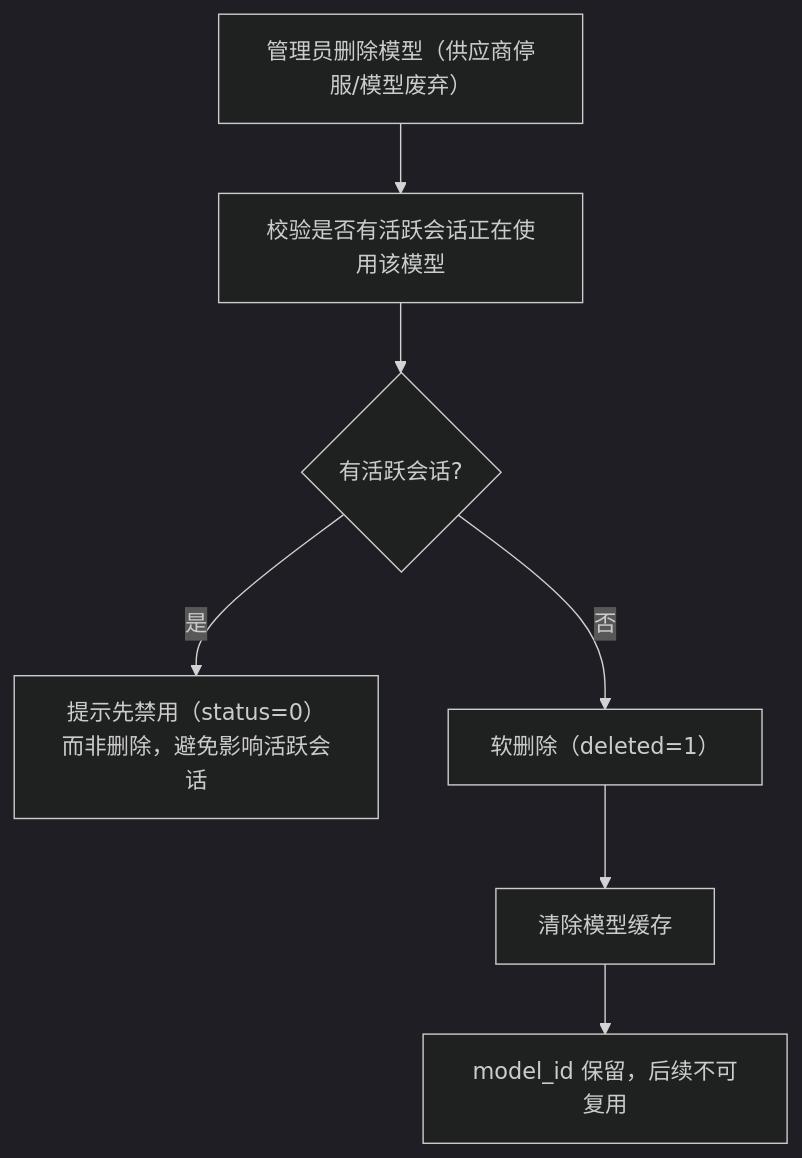
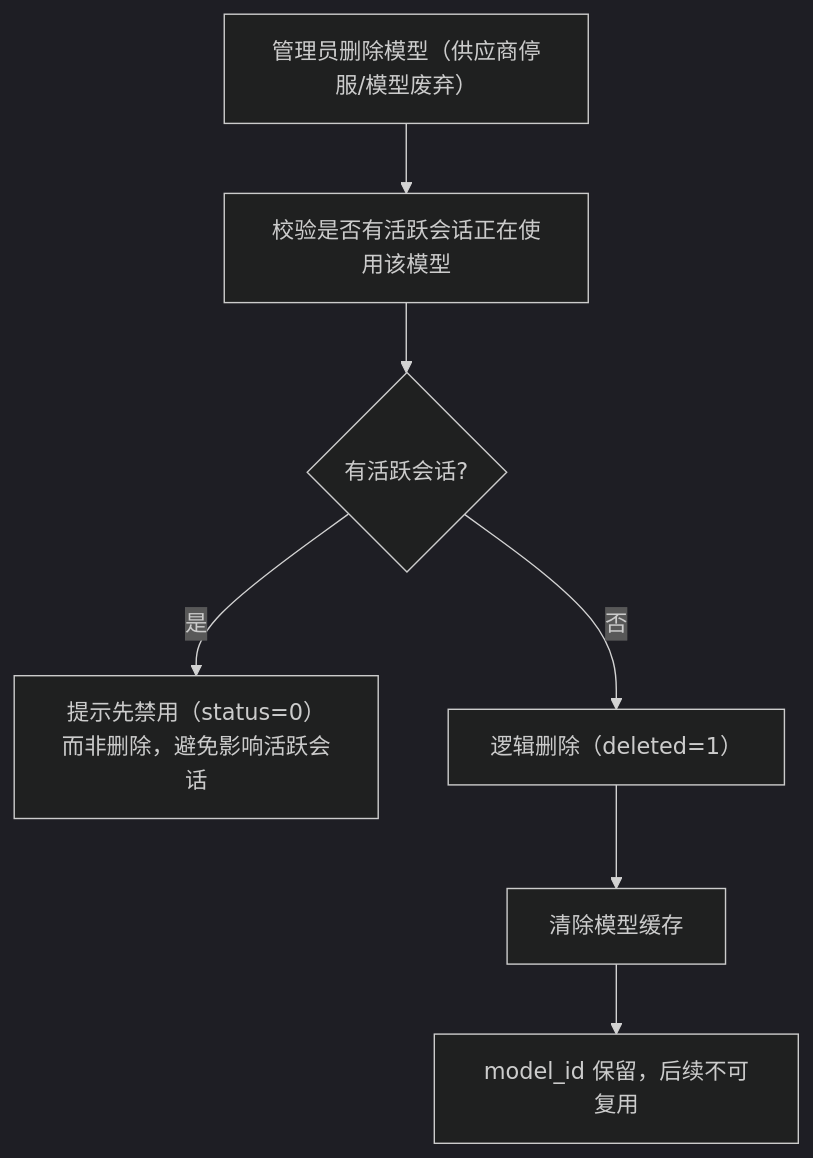
One commit to earthy-zinc/dehaze-system changed the fourth of 4 diagrams in dehaze-doc/docs/03-模块设计/基础模块/AI模型管理/后端实现.md. Above: the diagram before and after it, drawn with Mermaid (dark theme). The commit also changed other lines of this file and 694 other files, not shown here.

````diff
--- a/dehaze-doc/docs/03-模块设计/基础模块/AI模型管理/后端实现.md
+++ b/dehaze-doc/docs/03-模块设计/基础模块/AI模型管理/后端实现.md
@@ -392,9 +248,9 @@
 ```mermaid
 flowchart TD
     A["管理员删除模型（供应商停服/模型废弃）"] --> B["校验是否有活跃会话正在使用该模型"]
     B --> C{"有活跃会话?"}
     C -->|是| D["提示先禁用（status=0）而非删除，避免影响活跃会话"]
-    C -->|否| E["软删除（deleted=1）"]
+    C -->|否| E["逻辑删除（deleted=1）"]
     E --> F["清除模型缓存"]
     F --> G["model_id 保留，后续不可复用"]
 ```
````
